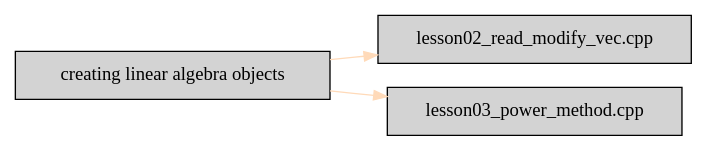
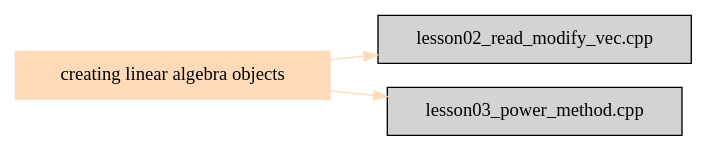
Before and after one commit to duongdo27/TrilinosConceptMap: the diagram in markdown/topic_creating_linear_algebra_objects.dot, drawn with Graphviz. The commit also changed 12 other files, not shown here.

```diff
--- a/markdown/topic_creating_linear_algebra_objects.dot
+++ b/markdown/topic_creating_linear_algebra_objects.dot
@@ -1,8 +1,9 @@
 digraph bettersoftware {
             rankdir = LR;
             ratio = fill;
             node [style=filled];
             node [shape = box];
 "creating linear algebra objects" ->  "lesson02_read_modify_vec.cpp" [colorscheme="svg" color="peachpuff"];
 "creating linear algebra objects" ->  "lesson03_power_method.cpp" [colorscheme="svg" color="peachpuff"];
+"creating linear algebra objects" [colorscheme="svg" color="peachpuff"];
 }
```
